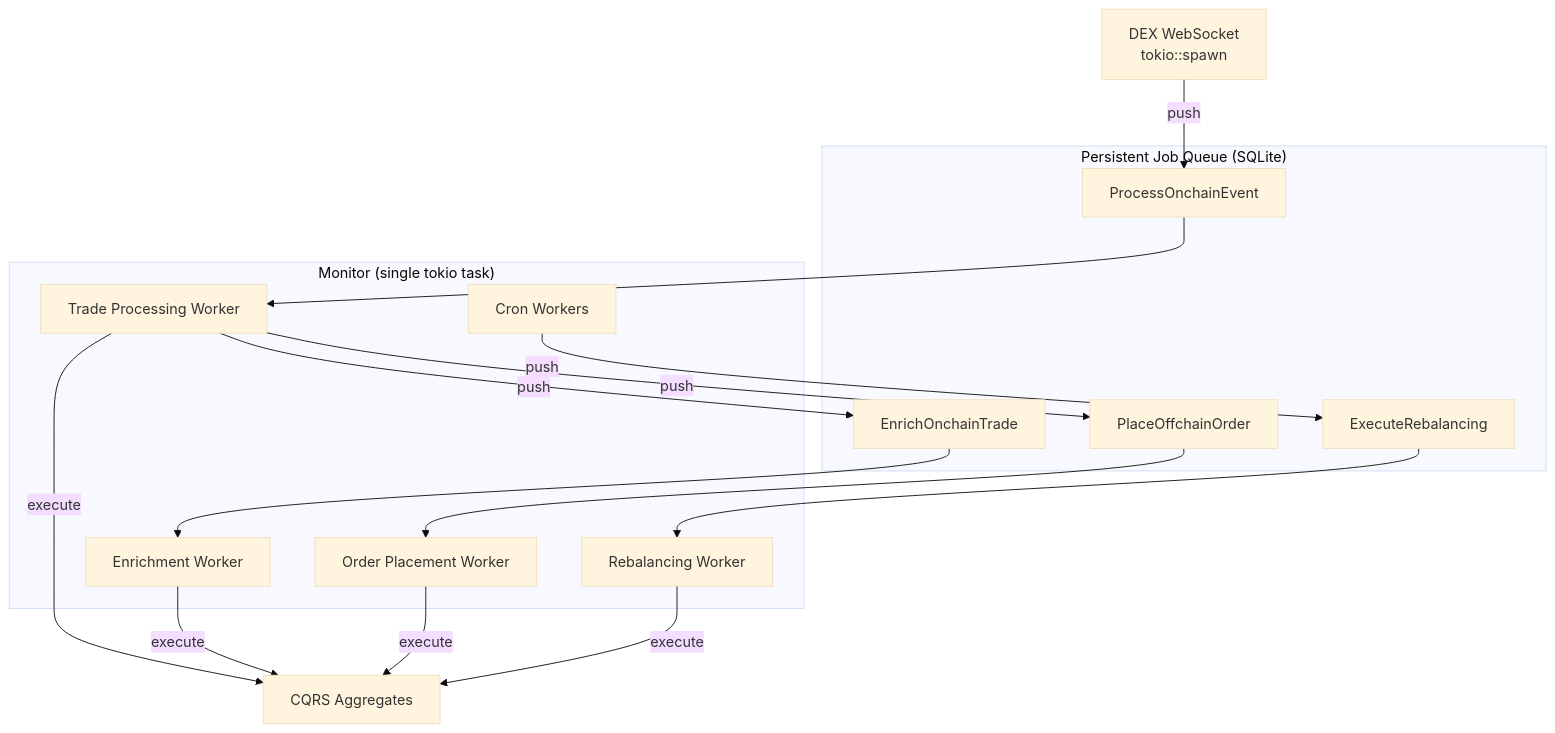
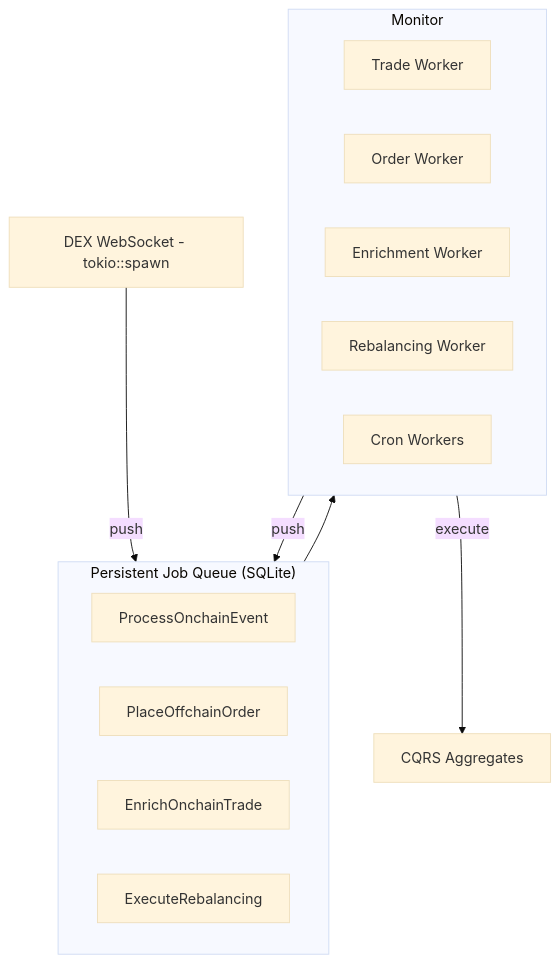
Before and after one commit to ST0x-Technology/st0x.liquidity: the second of 8 diagrams in SPEC.md, drawn with Mermaid (base theme). The commit also changed other lines of this file, not shown here.

Commit message:
clean up the diagram

````diff
--- a/SPEC.md
+++ b/SPEC.md
@@ -220,31 +227,28 @@
 ```mermaid
-graph TB
-    subgraph "Persistent Job Queue (SQLite)"
-        Q1[ProcessOnchainEvent]
-        Q2[PlaceOffchainOrder]
-        Q3[ExecuteRebalancing]
-        Q4[EnrichOnchainTrade]
+graph TD
+    WS[DEX WebSocket - tokio::spawn]
+
+    subgraph QUEUE["Persistent Job Queue (SQLite)"]
+        direction LR
+        POE[ProcessOnchainEvent]
+        PFO[PlaceOffchainOrder]
+        EOT[EnrichOnchainTrade]
+        ER[ExecuteRebalancing]
     end
 
-    subgraph "Monitor (single tokio task)"
-        W1[Trade Processing Worker]
-        W2[Order Placement Worker]
-        W3[Rebalancing Worker]
-        W4[Enrichment Worker]
+    subgraph MON[Monitor]
+        direction LR
+        W1[Trade Worker]
+        W2[Order Worker]
+        W3[Enrichment Worker]
+        W4[Rebalancing Worker]
         W5[Cron Workers]
     end
 
-    WS[DEX WebSocket<br/>tokio::spawn] -->|push| Q1
-    Q1 --> W1
-    W1 -->|push| Q2
-    W1 -->|push| Q4
-    Q2 --> W2
-    Q3 --> W3
-    Q4 --> W4
-    W5 -->|push| Q3
+    CQRS[CQRS Aggregates]
 
-    W1 -->|execute| CQRS[CQRS Aggregates]
-    W2 -->|execute| CQRS
-    W3 -->|execute| CQRS
-    W4 -->|execute| CQRS
+    WS -->|push| QUEUE
+    QUEUE --> MON
+    MON -->|push| QUEUE
+    MON -->|execute| CQRS
 ```
````
